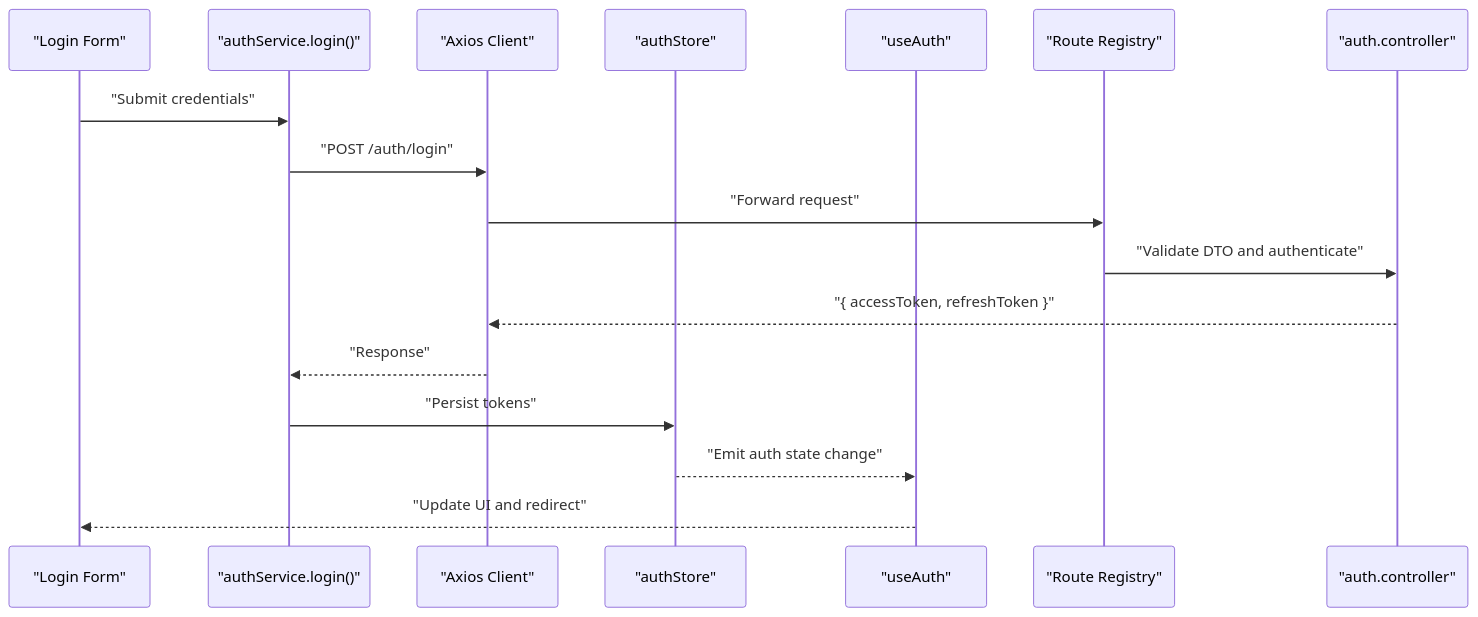
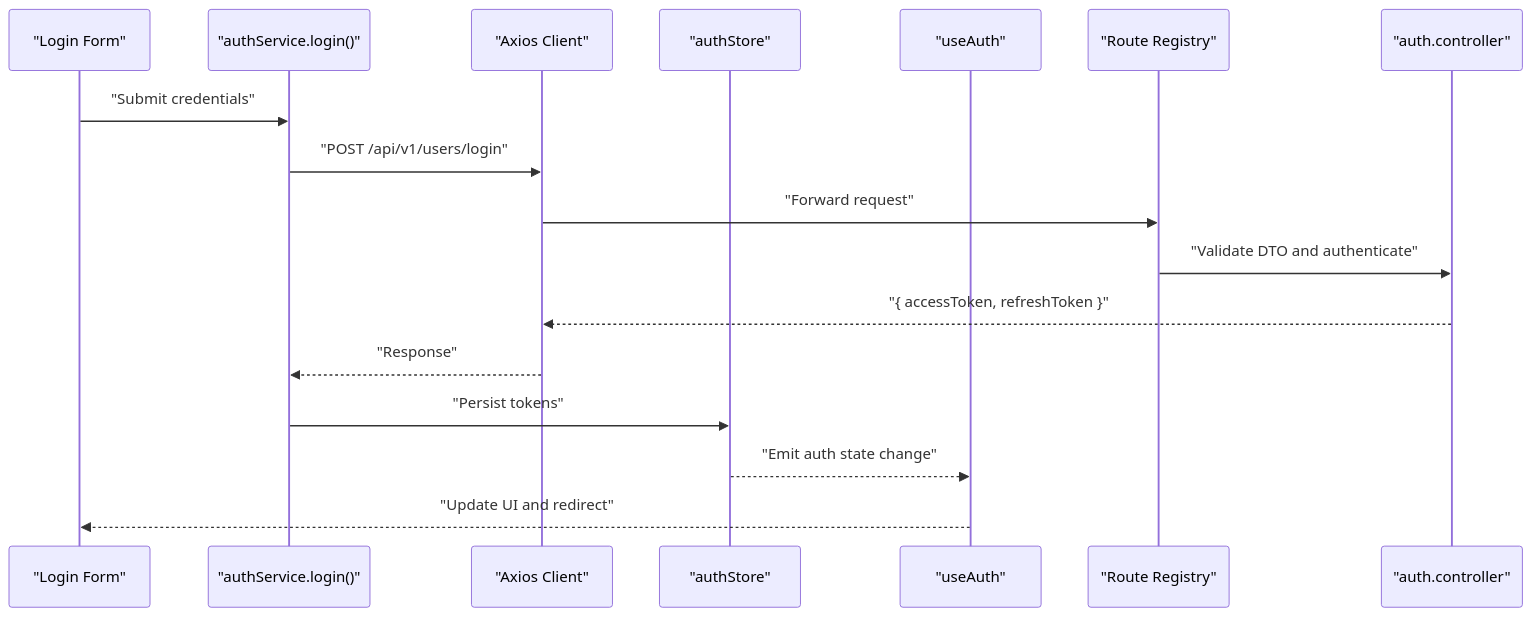
The fourth of 14 diagrams in .qoder/repowiki/en/content/System Architecture/Frontend Architecture/API Integration/API Integration.md (franckylab/eLISAschool), drawn with Mermaid before and after one commit. The commit also changed other lines of this file and 35 other files, not shown here.

First line of the commit message:
refactor(configuration): redistribuer la gestion de la configuration vers architecture distribuée

````diff
--- a/.qoder/repowiki/en/content/System Architecture/Frontend Architecture/API Integration/API Integration.md
+++ b/.qoder/repowiki/en/content/System Architecture/Frontend Architecture/API Integration/API Integration.md
@@ -217,19 +225,19 @@
 ```mermaid
 sequenceDiagram
 participant UI as "Login Form"
 participant AuthSvc as "authService.login()"
 participant Client as "Axios Client"
 participant Store as "authStore"
 participant Hook as "useAuth"
 participant Routes as "Route Registry"
 participant Controller as "auth.controller"
 UI->>AuthSvc : "Submit credentials"
-AuthSvc->>Client : "POST /auth/login"
+AuthSvc->>Client : "POST /api/v1/users/login"
 Client->>Routes : "Forward request"
 Routes->>Controller : "Validate DTO and authenticate"
 Controller-->>Client : "{ accessToken, refreshToken }"
 Client-->>AuthSvc : "Response"
 AuthSvc->>Store : "Persist tokens"
 Store-->>Hook : "Emit auth state change"
 Hook-->>UI : "Update UI and redirect"
 ```
````
